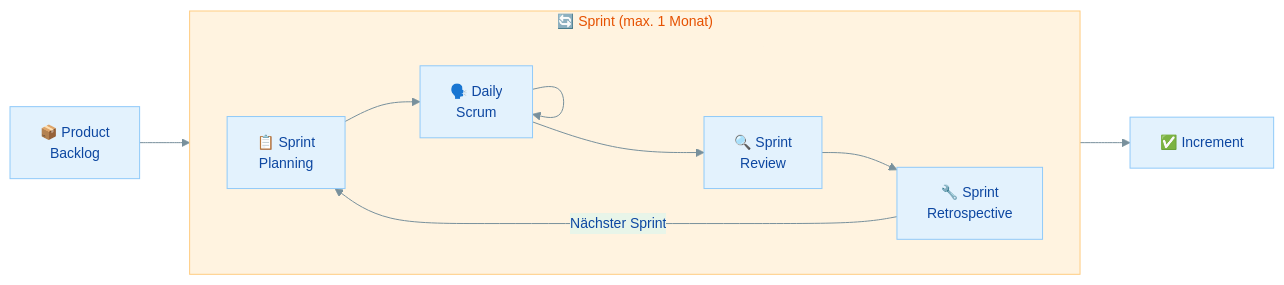
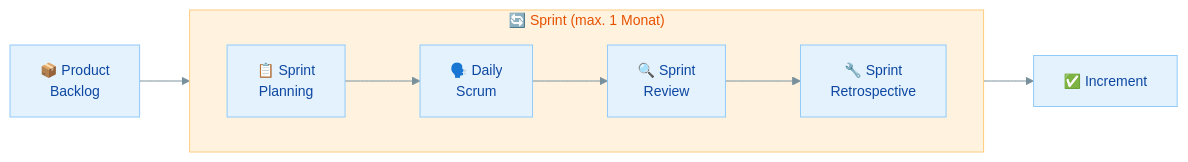
One commit to JacobMenge/kurs-25-06 changed the first of 4 diagrams in docs/modul-3/zusatzmaterial/scrum/01-scrum-theorie-und-werte.md. Above: the diagram before and after it, drawn with Mermaid. The commit also changed other lines of this file and 4 other files, not shown here.

First line of the commit message:
Mermaid-Diagramme in Scrum-Material bereinigen

````diff
--- a/docs/modul-3/zusatzmaterial/scrum/01-scrum-theorie-und-werte.md
+++ b/docs/modul-3/zusatzmaterial/scrum/01-scrum-theorie-und-werte.md
@@ -64,14 +64,12 @@
 ```mermaid
 %%{init: {'theme': 'base', 'themeVariables': {'primaryColor': '#e3f2fd', 'primaryTextColor': '#0d47a1', 'primaryBorderColor': '#90caf9', 'secondaryColor': '#e8f5e9', 'secondaryTextColor': '#1b5e20', 'secondaryBorderColor': '#a5d6a7', 'tertiaryColor': '#fff3e0', 'tertiaryTextColor': '#e65100', 'tertiaryBorderColor': '#ffcc80', 'lineColor': '#78909c', 'fontSize': '14px'}}}%%
 graph LR
+    PB["📦 Product<br/>Backlog"] --> SP
     subgraph sprint ["🔄 Sprint (max. 1 Monat)"]
         direction LR
         SP["📋 Sprint<br/>Planning"] --> DS["🗣️ Daily<br/>Scrum"]
-        DS --> DS
         DS --> SR["🔍 Sprint<br/>Review"]
         SR --> RE["🔧 Sprint<br/>Retrospective"]
     end
-    PB["📦 Product<br/>Backlog"] --> SP
     SR --> INC["✅ Increment"]
-    RE --> |"Nächster Sprint"| SP
 ```
````
